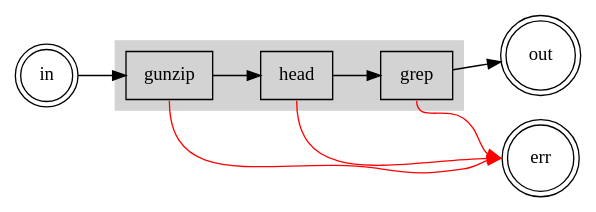
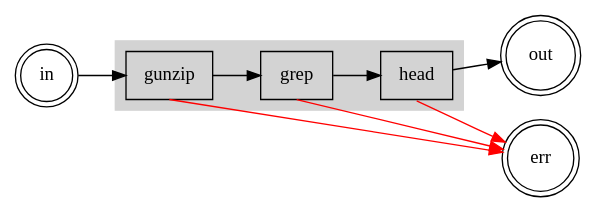
One commit to j50n/deno-proc changed the diagram in site/src/errors.md. Above: the diagram before and after it, drawn with Graphviz. The commit also changed 4 other files, not shown here.

````diff
--- a/site/src/errors.md
+++ b/site/src/errors.md
@@ -49,26 +49,27 @@
 ```dot process
 digraph finite_state_machine {
     rankdir=LR;
+    splines=line;
     
     subgraph cluster_shell {
         style = filled;
         color = lightgrey;
 
         node [shape = rectangle, label="gunzip"]; A;
-        node [shape = rectangle, label="head"]; B;
-        node [shape = rectangle, label="grep"]; C;
+        node [shape = rectangle, label="grep"]; B;
+        node [shape = rectangle, label="head"]; C;
     }
     node [shape = doublecircle ]; in;
     node [shape = doublecircle]; err;
     node [shape = doublecircle ]; out;
 
-    A:s -> err:w [color = red];
-    B:s -> err:w [color = red];
-    C:s -> err:w [color = red];
+    A:s -> err [color = red];
+    B:s -> err [color = red];
+    C:s -> err [color = red];
 
     in -> A;
     A -> B;
     B -> C;
     C -> out;
 }
 ```
````
